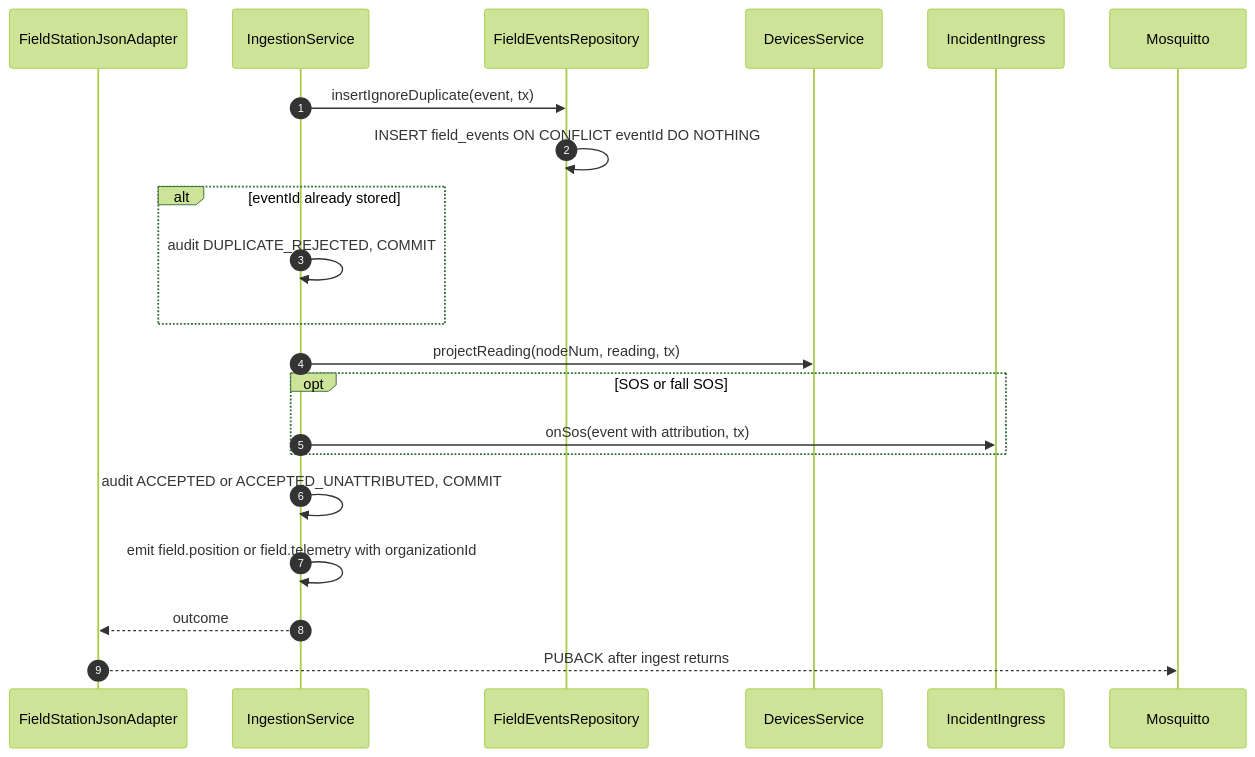
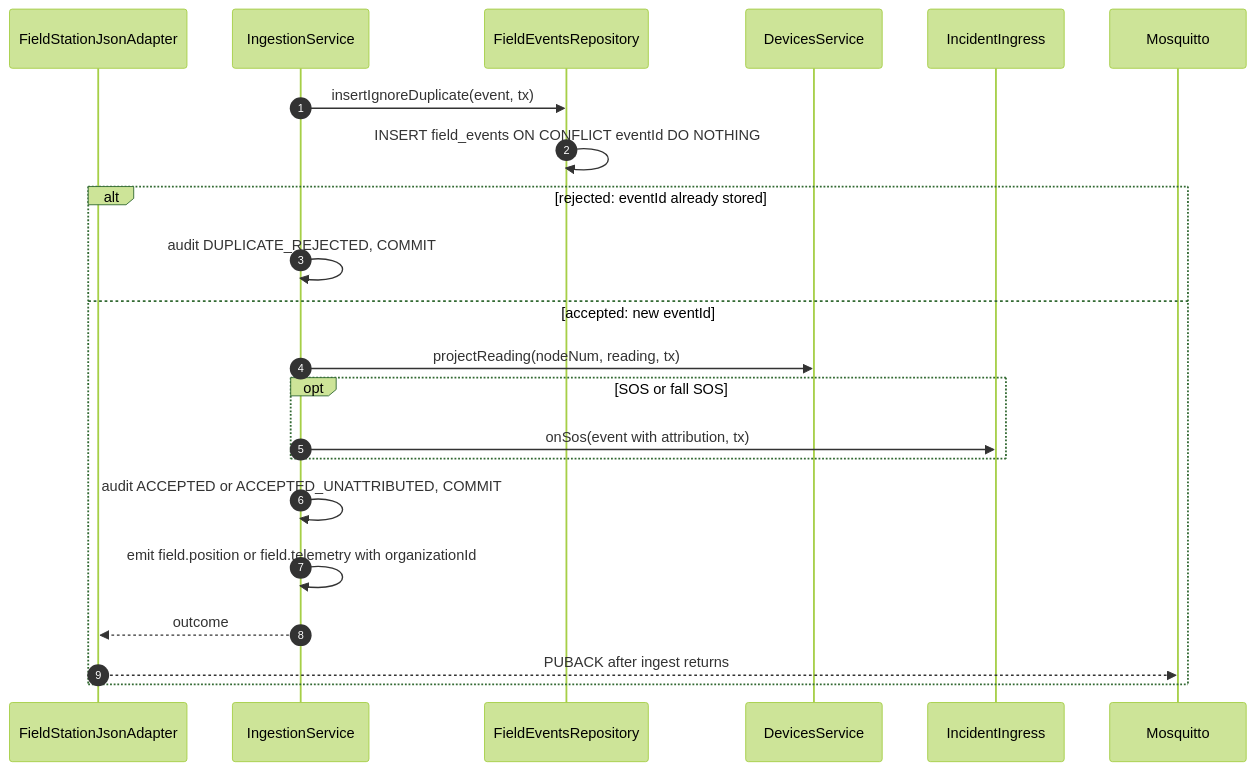
The sixth of 8 diagrams in specs/gateway-sync/design.md (TrekLink-Team/treklink-web), drawn with Mermaid (forest theme) before and after one commit. The commit also changed other lines of this file and 39 other files, not shown here.

First line of the commit message:
docs: design periodic maintenance (D-047) and apply the SDD sequence conventions

````diff
--- a/specs/gateway-sync/design.md
+++ b/specs/gateway-sync/design.md
@@ -265,23 +266,24 @@
 ```mermaid
 sequenceDiagram
     autonumber
     participant A as FieldStationJsonAdapter
     participant S as IngestionService
     participant R as FieldEventsRepository
     participant D as DevicesService
     participant I as IncidentIngress
     participant B as Mosquitto
     S->>R: insertIgnoreDuplicate(event, tx)
     R->>R: INSERT field_events ON CONFLICT eventId DO NOTHING
-    alt eventId already stored
+    alt rejected: eventId already stored
         S->>S: audit DUPLICATE_REJECTED, COMMIT
+    else accepted: new eventId
+        S->>D: projectReading(nodeNum, reading, tx)
+        opt SOS or fall SOS
+            S->>I: onSos(event with attribution, tx)
+        end
+        S->>S: audit ACCEPTED or ACCEPTED_UNATTRIBUTED, COMMIT
+        S->>S: emit field.position or field.telemetry with organizationId
+        S-->>A: outcome
+        A-->>B: PUBACK after ingest returns
     end
-    S->>D: projectReading(nodeNum, reading, tx)
-    opt SOS or fall SOS
-        S->>I: onSos(event with attribution, tx)
-    end
-    S->>S: audit ACCEPTED or ACCEPTED_UNATTRIBUTED, COMMIT
-    S->>S: emit field.position or field.telemetry with organizationId
-    S-->>A: outcome
-    A-->>B: PUBACK after ingest returns
 ```
````
